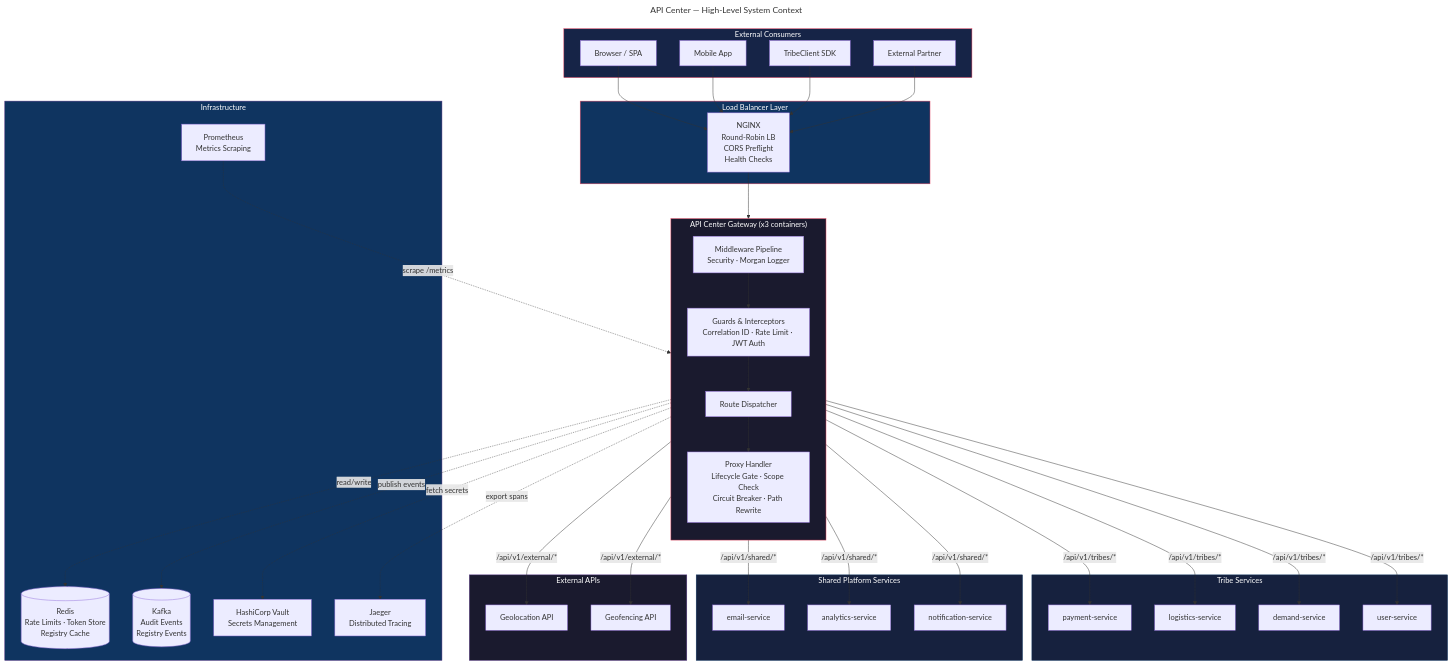
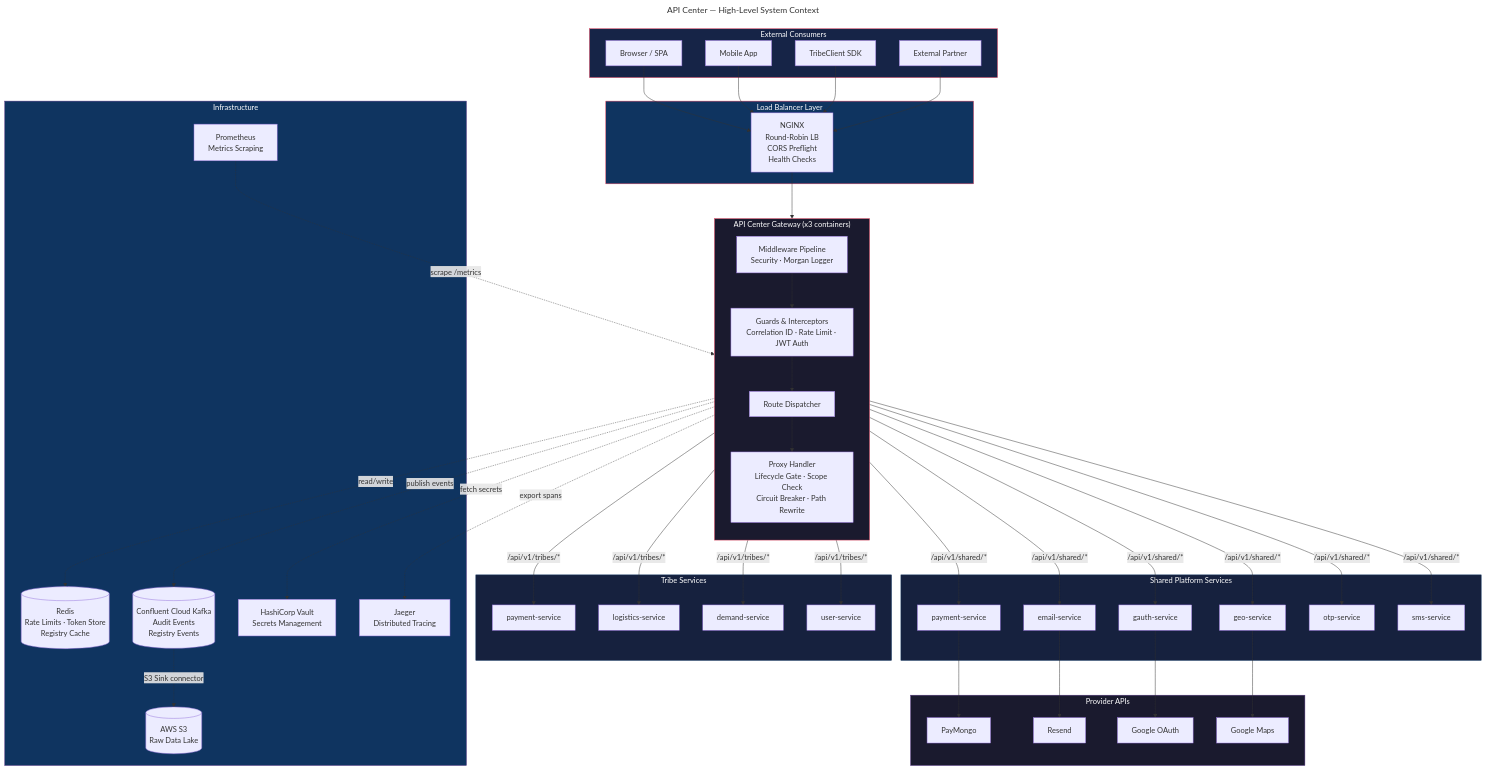
Before and after one commit to Alpha-Explora/api-center: the diagram in docs/architecture/01-system-context.mermaid, drawn with Mermaid. The commit also changed 38 other files, not shown here.

```diff
--- a/docs/architecture/01-system-context.mermaid
+++ b/docs/architecture/01-system-context.mermaid
@@ -1,75 +1,85 @@
 ---
 title: API Center — High-Level System Context
 ---
 graph TB
     subgraph Clients["External Consumers"]
         Browser["Browser / SPA"]
         MobileApp["Mobile App"]
         SDK["TribeClient SDK"]
         ExtClient["External Partner"]
     end
 
     subgraph LB["Load Balancer Layer"]
         NGINX["NGINX\nRound-Robin LB\nCORS Preflight\nHealth Checks"]
     end
 
     subgraph Gateway["API Center Gateway (x3 containers)"]
         direction TB
         MW["Middleware Pipeline\nSecurity · Morgan Logger"]
         Guards["Guards & Interceptors\nCorrelation ID · Rate Limit · JWT Auth"]
         Router["Route Dispatcher"]
         PH["Proxy Handler\nLifecycle Gate · Scope Check\nCircuit Breaker · Path Rewrite"]
     end
 
     subgraph Tribes["Tribe Services"]
         T1["payment-service"]
         T2["logistics-service"]
         T3["demand-service"]
         T4["user-service"]
     end
 
     subgraph Shared["Shared Platform Services"]
         S1["email-service"]
-        S2["analytics-service"]
-        S3["notification-service"]
+        S2["payment-service"]
+        S3["gauth-service"]
+        S4["geo-service"]
+        S5["otp-service"]
+        S6["sms-service"]
     end
 
-    subgraph External["External APIs"]
-        E1["Geolocation API"]
-        E2["Geofencing API"]
+    subgraph Providers["Provider APIs"]
+        P1["PayMongo"]
+        P2["Resend"]
+        P3["Google OAuth"]
+        P4["Google Maps"]
     end
 
     subgraph Infra["Infrastructure"]
         Redis[("Redis\nRate Limits · Token Store\nRegistry Cache")]
-        Kafka[("Kafka\nAudit Events\nRegistry Events")]
+        Kafka[("Confluent Cloud Kafka\nAudit Events\nRegistry Events")]
+        S3Lake[("AWS S3\nRaw Data Lake")]
         Vault["HashiCorp Vault\nSecrets Management"]
         Jaeger["Jaeger\nDistributed Tracing"]
         Prometheus["Prometheus\nMetrics Scraping"]
     end
 
     Browser --> NGINX
     MobileApp --> NGINX
     SDK --> NGINX
     ExtClient --> NGINX
     NGINX --> MW
     MW --> Guards
     Guards --> Router
     Router --> PH
 
     PH -- "/api/v1/tribes/*" --> T1 & T2 & T3 & T4
-    PH -- "/api/v1/shared/*" --> S1 & S2 & S3
-    PH -- "/api/v1/external/*" --> E1 & E2
+    PH -- "/api/v1/shared/*" --> S1 & S2 & S3 & S4 & S5 & S6
+    S1 --> P2
+    S2 --> P1
+    S3 --> P3
+    S4 --> P4
 
     Gateway -. "read/write" .-> Redis
     Gateway -. "publish events" .-> Kafka
+    Kafka -. "S3 Sink connector" .-> S3Lake
     Gateway -. "fetch secrets" .-> Vault
     Gateway -. "export spans" .-> Jaeger
     Prometheus -. "scrape /metrics" .-> Gateway
 
     style Gateway fill:#1a1a2e,stroke:#e94560,color:#fff
     style LB fill:#0f3460,stroke:#e94560,color:#fff
     style Tribes fill:#16213e,stroke:#0f3460,color:#fff
     style Shared fill:#16213e,stroke:#0f3460,color:#fff
-    style External fill:#1a1a2e,stroke:#533483,color:#fff
+    style Providers fill:#1a1a2e,stroke:#533483,color:#fff
     style Infra fill:#0f3460,stroke:#533483,color:#fff
     style Clients fill:#162447,stroke:#e94560,color:#fff
```
